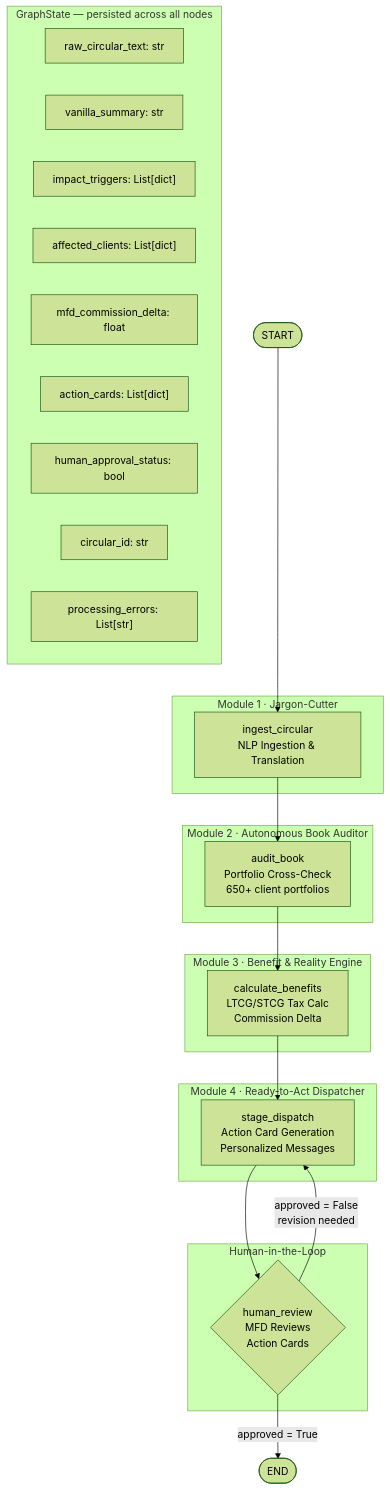
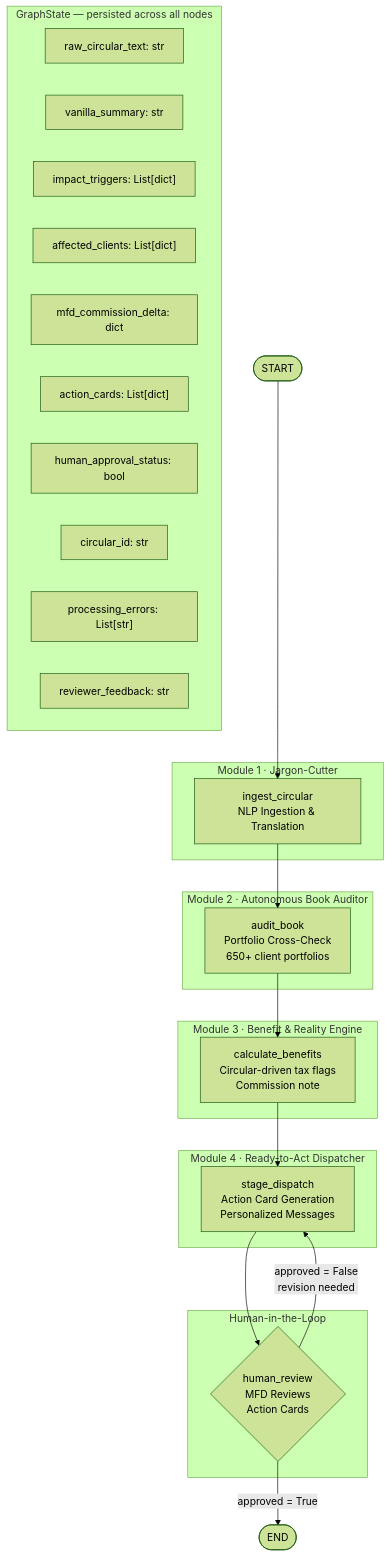
The diagram in architecture.md (shubh-14-cloud/sebi-mfd-compliance-agent), drawn with Mermaid (forest theme) before and after one commit. The commit also changed other lines of this file and 13 other files, not shown here.

First line of the commit message:
Improve human-review flow, LLM output validation, and docs

````diff
--- a/architecture.md
+++ b/architecture.md
@@ -5,44 +5,45 @@
 ```mermaid
 flowchart TD
     START([START]) --> JC
 
     subgraph M1["Module 1 · Jargon-Cutter"]
         JC["ingest_circular\nNLP Ingestion & Translation"]
     end
 
     subgraph M2["Module 2 · Autonomous Book Auditor"]
         BA["audit_book\nPortfolio Cross-Check\n650+ client portfolios"]
     end
 
     subgraph M3["Module 3 · Benefit & Reality Engine"]
-        BE["calculate_benefits\nLTCG/STCG Tax Calc\nCommission Delta"]
+        BE["calculate_benefits\nCircular-driven tax flags\nCommission note"]
     end
 
     subgraph M4["Module 4 · Ready-to-Act Dispatcher"]
         DS["stage_dispatch\nAction Card Generation\nPersonalized Messages"]
     end
 
     subgraph HITL["Human-in-the-Loop"]
         HR{"human_review\nMFD Reviews\nAction Cards"}
     end
 
     JC --> BA
     BA --> BE
     BE --> DS
     DS --> HR
     HR -->|"approved = True"| END_NODE([END])
     HR -->|"approved = False\nrevision needed"| DS
 
     subgraph STATE["GraphState — persisted across all nodes"]
         direction LR
         s1["raw_circular_text: str"]
         s2["vanilla_summary: str"]
         s3["impact_triggers: List[dict]"]
         s4["affected_clients: List[dict]"]
-        s5["mfd_commission_delta: float"]
+        s5["mfd_commission_delta: dict"]
         s6["action_cards: List[dict]"]
         s7["human_approval_status: bool"]
         s8["circular_id: str"]
         s9["processing_errors: List[str]"]
+        s10["reviewer_feedback: str"]
     end
 ```
````
